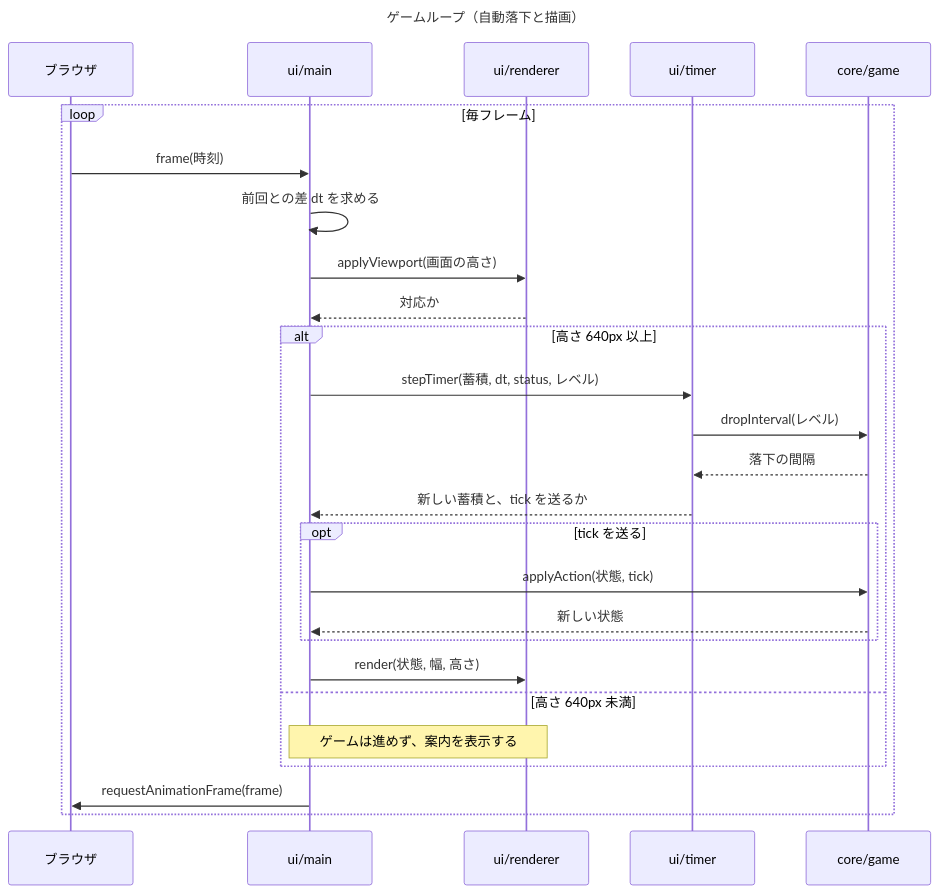
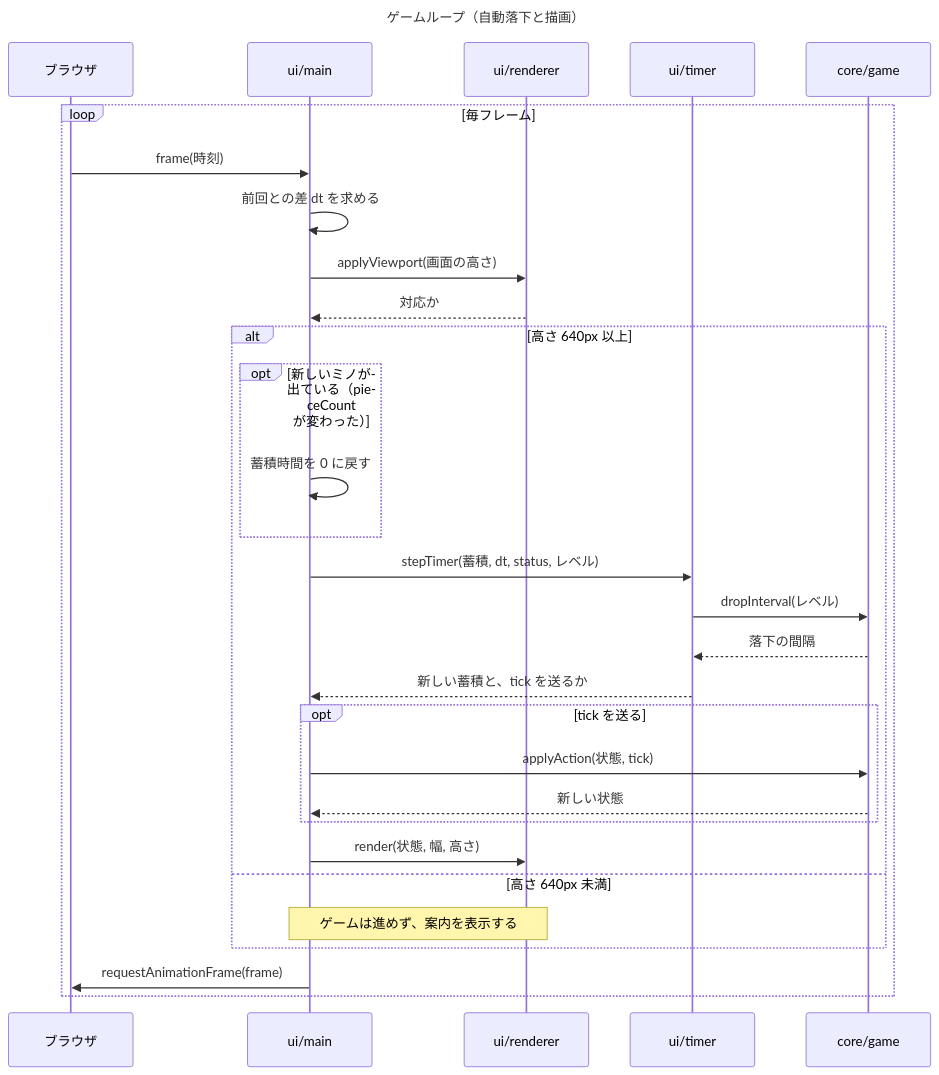
The diagram in docs/diagrams/basic/02-game-loop.mmd (yoshimaru0419/mobile-claude-test), drawn with Mermaid before and after one commit. The commit also changed 2 other files, not shown here.

Commit message:
API-108: 基本設計のシーケンス図に、レビューの指摘を反映する
- 01: 最初のミノが操作中であること、supported の保持、Canvas を取得できないときの中断を追記
- 02: 新しいミノが出たときの蓄積時間のリセットを追記
- 03: 蓄積時間のリセットが、フレーム側で行われることを追記

Claude-Session: https://claude.ai/code/session_01SLyViCpsEUmns7ooqFMtYc

```diff
--- a/docs/diagrams/basic/02-game-loop.mmd
+++ b/docs/diagrams/basic/02-game-loop.mmd
@@ -1,29 +1,32 @@
 ---
 title: ゲームループ（自動落下と描画）
 ---
 sequenceDiagram
   participant B as ブラウザ
   participant M as ui/main
   participant R as ui/renderer
   participant T as ui/timer
   participant G as core/game
   loop 毎フレーム
     B->>M: frame(時刻)
     M->>M: 前回との差 dt を求める
     M->>R: applyViewport(画面の高さ)
     R-->>M: 対応か
     alt 高さ 640px 以上
+      opt 新しいミノが出ている（pieceCount が変わった）
+        M->>M: 蓄積時間を 0 に戻す
+      end
       M->>T: stepTimer(蓄積, dt, status, レベル)
       T->>G: dropInterval(レベル)
       G-->>T: 落下の間隔
       T-->>M: 新しい蓄積と、tick を送るか
       opt tick を送る
         M->>G: applyAction(状態, tick)
         G-->>M: 新しい状態
       end
       M->>R: render(状態, 幅, 高さ)
     else 高さ 640px 未満
       Note over M,R: ゲームは進めず、案内を表示する
     end
     M->>B: requestAnimationFrame(frame)
   end
```
